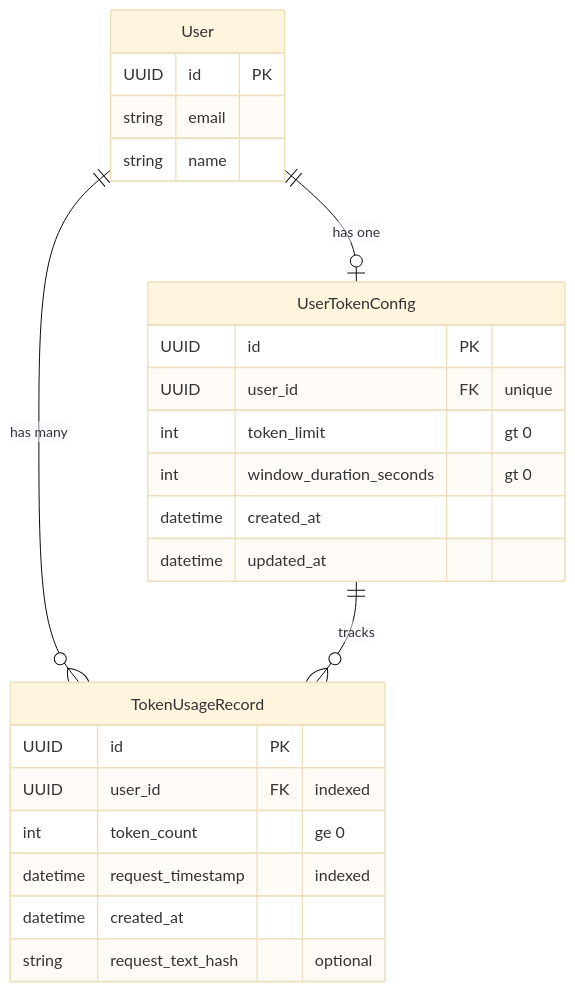
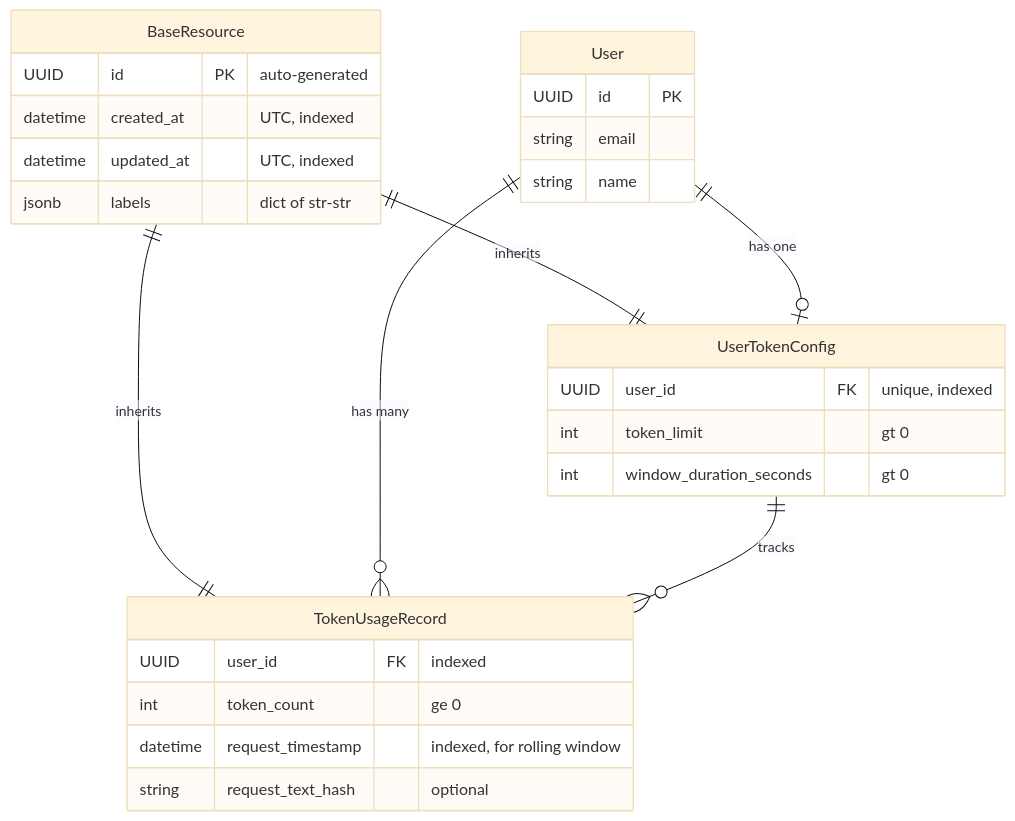
One commit to alinabuzachis/syntara changed the diagram in specs/012-token-counting/data-model.md. Above: the diagram before and after it, drawn with Mermaid (base theme). The commit also changed other lines of this file and 31 other files, not shown here.

````diff
--- a/specs/012-token-counting/data-model.md
+++ b/specs/012-token-counting/data-model.md
@@ -185,30 +233,34 @@
 ```mermaid
 erDiagram
+    BaseResource ||--|| UserTokenConfig : "inherits"
+    BaseResource ||--|| TokenUsageRecord : "inherits"
     User ||--o| UserTokenConfig : "has one"
     User ||--o{ TokenUsageRecord : "has many"
     UserTokenConfig ||--o{ TokenUsageRecord : "tracks"
+
+    BaseResource {
+        UUID id PK "auto-generated"
+        datetime created_at "UTC, indexed"
+        datetime updated_at "UTC, indexed"
+        jsonb labels "dict of str-str"
+    }
 
     User {
         UUID id PK
         string email
         string name
     }
 
     UserTokenConfig {
-        UUID id PK
-        UUID user_id FK "unique"
+        UUID user_id FK "unique, indexed"
         int token_limit "gt 0"
         int window_duration_seconds "gt 0"
-        datetime created_at
-        datetime updated_at
     }
 
     TokenUsageRecord {
-        UUID id PK
         UUID user_id FK "indexed"
         int token_count "ge 0"
-        datetime request_timestamp "indexed"
-        datetime created_at
+        datetime request_timestamp "indexed, for rolling window"
         string request_text_hash "optional"
     }
 ```
````
